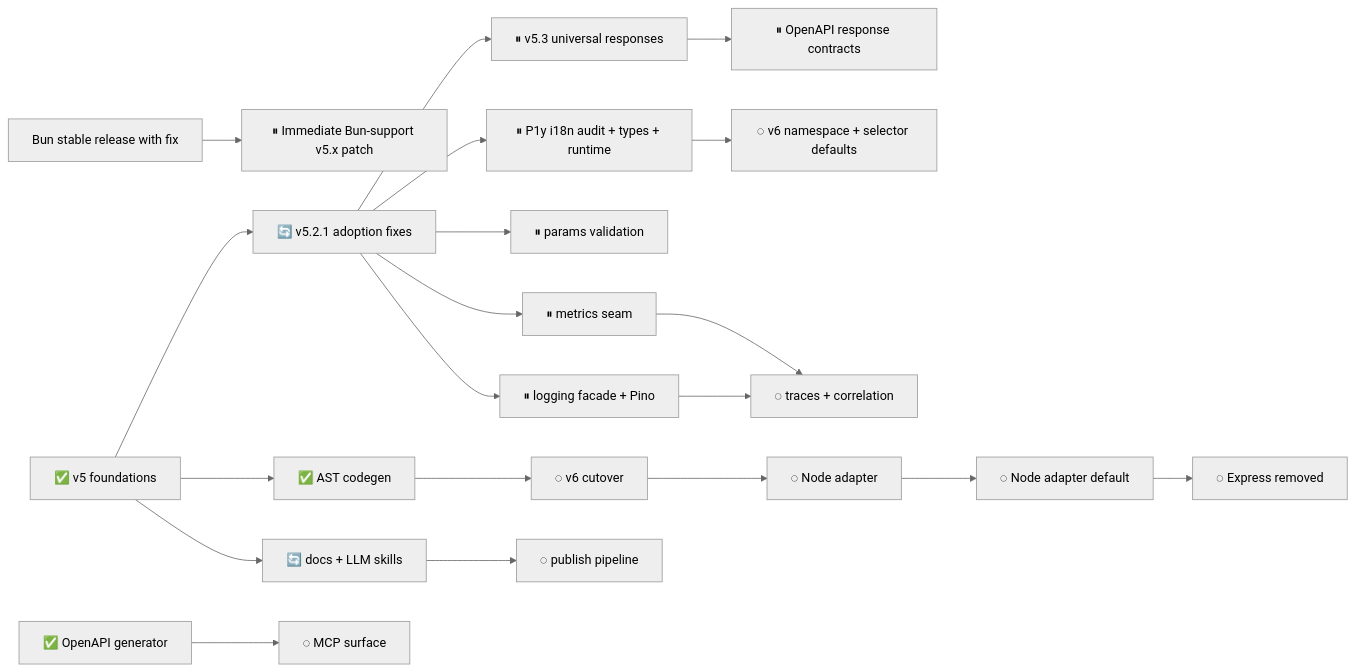
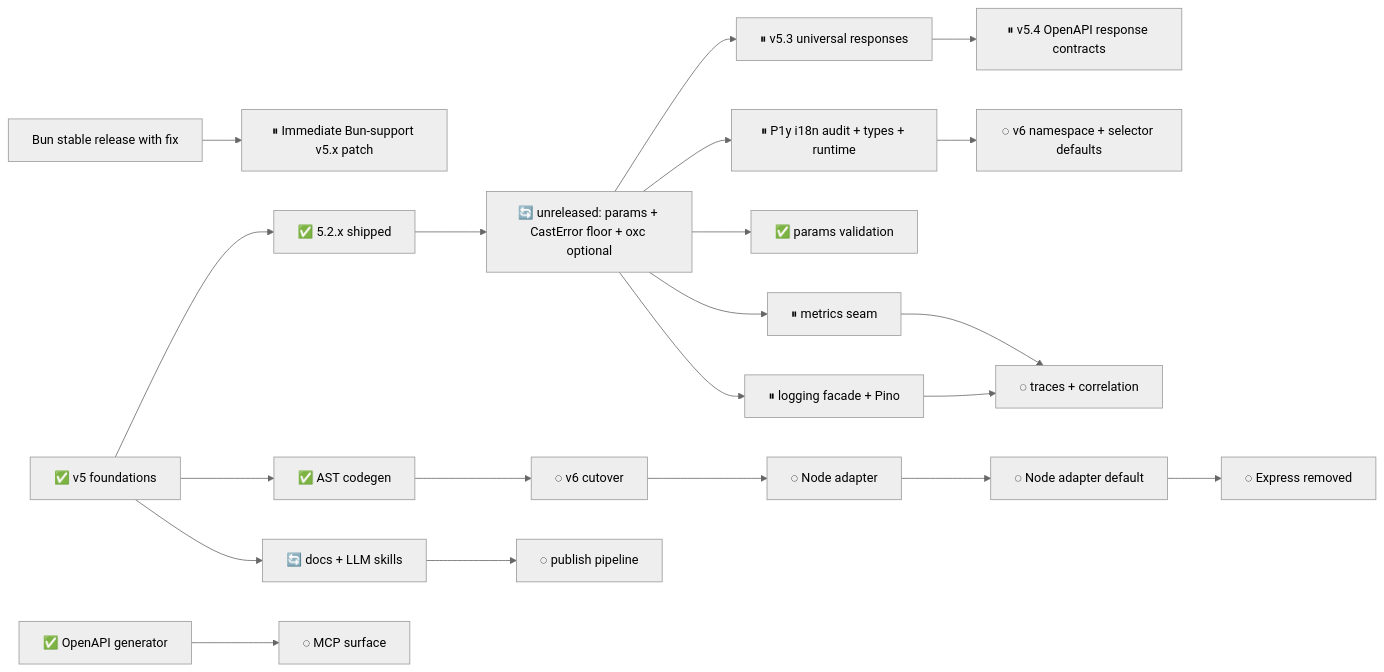
Before and after one commit to adaptivestone/framework: the diagram in .plans/refactor/README.md, drawn with Mermaid (neutral theme). The commit also changed other lines of this file and 8 other files, not shown here.

Commit message:
feat(docs): update README and documentation for v5.2.2 release, including params validation and CastError handling

````diff
--- a/.plans/refactor/README.md
+++ b/.plans/refactor/README.md
@@ -39,29 +42,30 @@
 ```mermaid
 flowchart LR
-    Foundation["✅ v5 foundations"] --> Patch["🔄 v5.2.1 adoption fixes"]
+    Foundation["✅ v5 foundations"] --> Patch["✅ 5.2.x shipped"]
+    Patch --> Unreleased["🔄 unreleased: params + CastError floor + oxc optional"]
 
-    Patch --> Responses["⏸ v5.3 universal responses"]
-    Responses --> OpenAPI["⏸ OpenAPI response contracts"]
+    Unreleased --> Responses["⏸ v5.3 universal responses"]
+    Responses --> OpenAPI["⏸ v5.4 OpenAPI response contracts"]
 
     BunRelease["Bun stable release with fix"] --> BunSupport["⏸ Immediate Bun-support v5.x patch"]
 
-    Patch --> I18nV5["⏸ P1y i18n audit + types + runtime"]
+    Unreleased --> I18nV5["⏸ P1y i18n audit + types + runtime"]
     I18nV5 --> I18nV6["◌ v6 namespace + selector defaults"]
 
     Foundation --> Codegen["✅ AST codegen"]
     Codegen --> V6["◌ v6 cutover"]
     V6 --> NodeAdapter["◌ Node adapter"]
     NodeAdapter --> DefaultNode["◌ Node adapter default"]
     DefaultNode --> DropExpress["◌ Express removed"]
 
     Foundation --> Docs["🔄 docs + LLM skills"]
     Docs --> Publish["◌ publish pipeline"]
 
-    Patch --> Params["⏸ params validation"]
-    Patch --> Metrics["⏸ metrics seam"]
-    Patch --> Logging["⏸ logging facade + Pino"]
+    Unreleased --> Params["✅ params validation"]
+    Unreleased --> Metrics["⏸ metrics seam"]
+    Unreleased --> Logging["⏸ logging facade + Pino"]
     Logging --> Observability["◌ traces + correlation"]
     Metrics --> Observability
 
     OpenAPIGen["✅ OpenAPI generator"] --> MCP["◌ MCP surface"]
 ```
````
